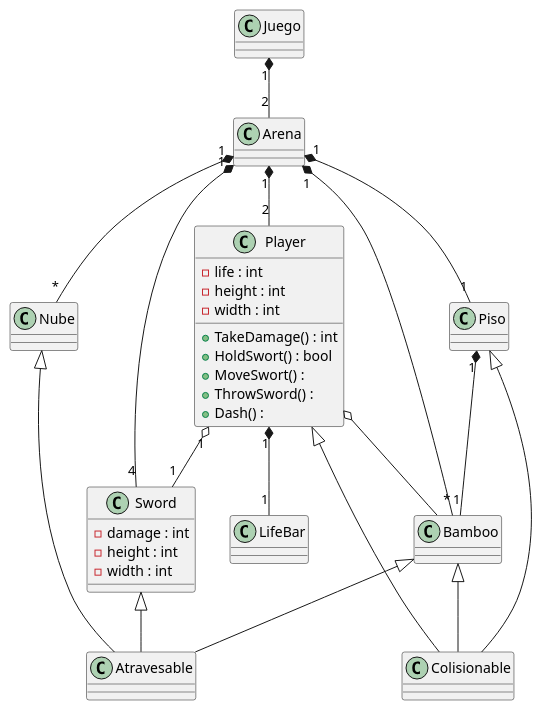
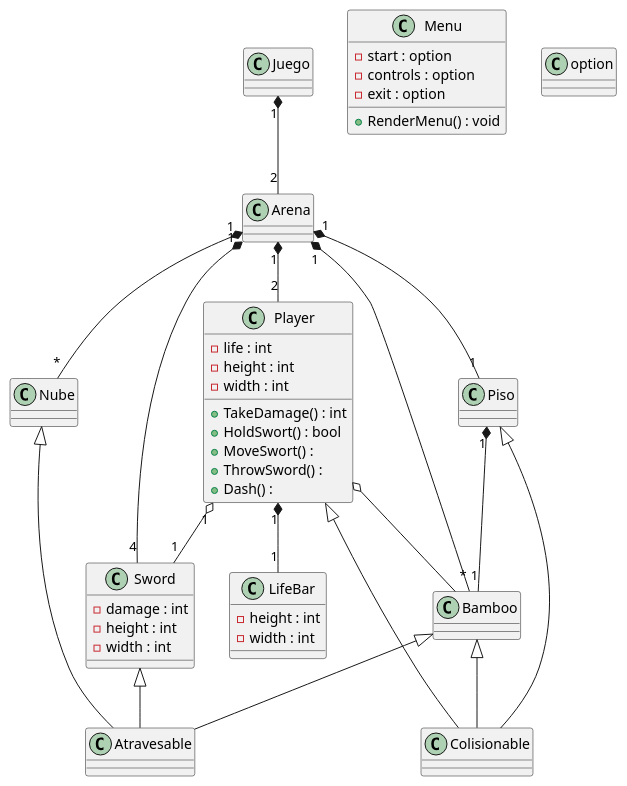
The diagram in docs/Spadotas.puml (GustavoFern/Spadotas), drawn with PlantUML before and after one commit. The commit also changed 7 other files, not shown here.

```diff
--- a/docs/Spadotas.puml
+++ b/docs/Spadotas.puml
@@ -1,70 +1,82 @@
 @startuml espaditas
 
 class Juego{
 
 }
+class Menu {
+    -start : option
+    -controls : option
+    -exit : option
+    +RenderMenu() : void
+}
+
+class option {
+    
+}
 class LifeBar{
-
+    -height : int
+    -width : int
+    
 }
 class Player{
     -life : int
     -height : int
     -width : int
     +TakeDamage() : int
     +HoldSwort() : bool
     +MoveSwort() :
     +ThrowSword() : 
     +Dash() :
 }
 class Sword{
     -damage : int
     -height : int
     -width : int
 }
 class Arena{
 
 }
 class Bamboo{
 
 }
 class Colisionable{
 
 }
 class Atravesable{
 
 }
 class Piso{
 
 }
 class Nube{
 
 }
 
 
 
 Juego "1" *--  "2" Arena
 
 
 Arena "1" *-- "*" Bamboo
 Arena "1" *-- "*" Nube
 Arena "1" *-- "4" Sword
 Arena "1" *-- "1" Piso
 Arena "1" *-- "2" Player
 Piso "1" *-- "1" Bamboo
 
 
 Player o-- Bamboo
 Player "1" o-- "1" Sword
 Player "1" *-- "1" LifeBar
 
 
 Bamboo <|-- Atravesable
 Nube <|-- Atravesable
 Sword <|-- Atravesable
 
 Player <|-- Colisionable
 Bamboo <|-- Colisionable
 Piso <|-- Colisionable
 
 
 @enduml
```
